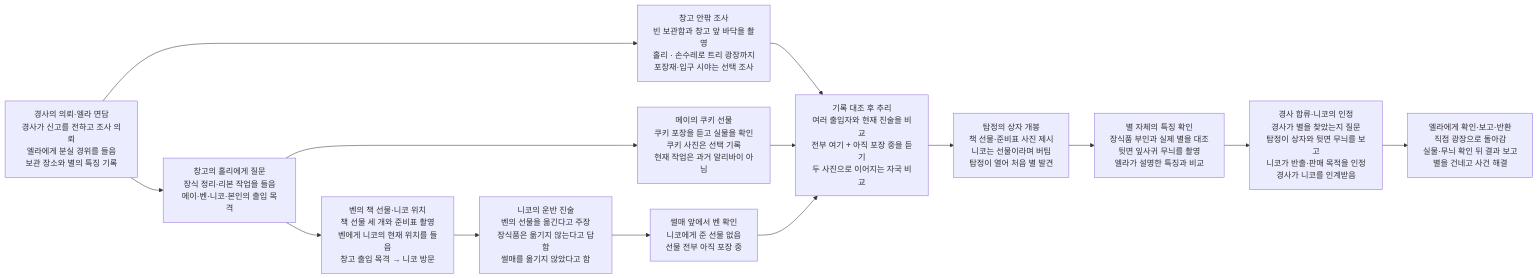
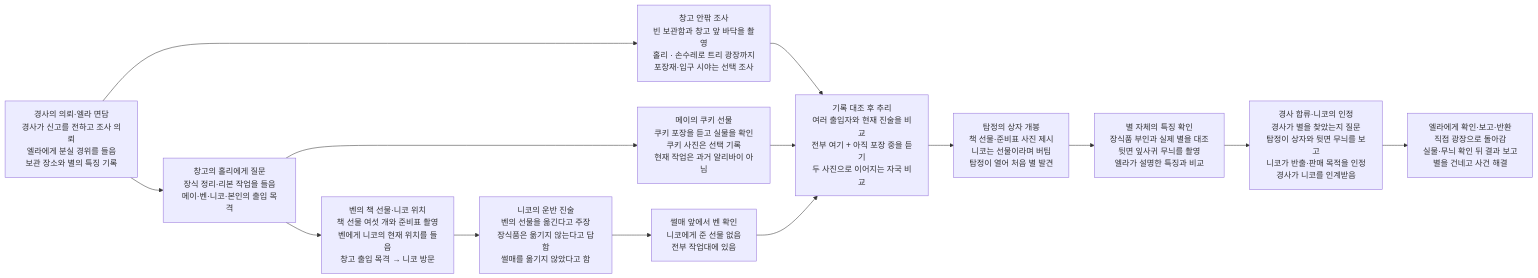
The second of 2 diagrams in design/case-10-christmas-star.md (wonny95/detective-v2), drawn with Mermaid before and after one commit. The commit also changed other lines of this file and 6 other files, not shown here.

````diff
--- a/design/case-10-christmas-star.md
+++ b/design/case-10-christmas-star.md
@@ -47,28 +47,28 @@
 ```mermaid
 flowchart LR
     s1["경사의 의뢰·엘라 면담<br/>경사가 신고를 전하고 조사 의뢰<br/>엘라에게 분실 경위를 들음<br/>보관 장소와 별의 특징 기록"]
     s2["창고의 홀리에게 질문<br/>장식 정리·리본 작업을 들음<br/>메이·벤·니코·본인의 출입 목격"]
     s3["창고 안팎 조사<br/>빈 보관함과 창고 앞 바닥을 촬영<br/>홀리 · 손수레로 트리 광장까지<br/>포장재·입구 시야는 선택 조사"]
     s4["메이의 쿠키 선물<br/>쿠키 포장을 듣고 실물을 확인<br/>쿠키 사진은 선택 기록<br/>현재 작업은 과거 알리바이 아님"]
-    s5["벤의 책 선물·니코 위치<br/>책 선물 세 개와 준비표 촬영<br/>벤에게 니코의 현재 위치를 들음<br/>창고 출입 목격 → 니코 방문"]
+    s5["벤의 책 선물·니코 위치<br/>책 선물 여섯 개와 준비표 촬영<br/>벤에게 니코의 현재 위치를 들음<br/>창고 출입 목격 → 니코 방문"]
     s6["니코의 운반 진술<br/>벤의 선물을 옮긴다고 주장<br/>장식품은 옮기지 않는다고 답함<br/>썰매를 옮기지 않았다고 함"]
-    s7["썰매 앞에서 벤 확인<br/>니코에게 준 선물 없음<br/>선물 전부 아직 포장 중"]
+    s7["썰매 앞에서 벤 확인<br/>니코에게 준 선물 없음<br/>전부 작업대에 있음"]
     s8["기록 대조 후 추리<br/>여러 출입자와 현재 진술을 비교<br/>전부 여기 + 아직 포장 중을 듣기<br/>두 사진으로 이어지는 자국 비교"]
     s9["탐정의 상자 개봉<br/>책 선물·준비표 사진 제시<br/>니코는 선물이라며 버팀<br/>탐정이 열어 처음 별 발견"]
     s10["별 자체의 특징 확인<br/>장식품 부인과 실제 별을 대조<br/>뒷면 잎사귀 무늬를 촬영<br/>엘라가 설명한 특징과 비교"]
     s11["경사 합류·니코의 인정<br/>경사가 별을 찾았는지 질문<br/>탐정이 상자와 뒷면 무늬를 보고<br/>니코가 반출·판매 목적을 인정<br/>경사가 니코를 인계받음"]
     s12["엘라에게 확인·보고·반환<br/>직접 광장으로 돌아감<br/>실물·무늬 확인 뒤 결과 보고<br/>별을 건네고 사건 해결"]
     s1 --> s2
     s1 --> s3
     s2 --> s4
     s2 --> s5
     s3 --> s8
     s4 --> s8
     s5 --> s6
     s6 --> s7
     s7 --> s8
     s8 --> s9
     s9 --> s10
     s10 --> s11
     s11 --> s12
 ```
````
